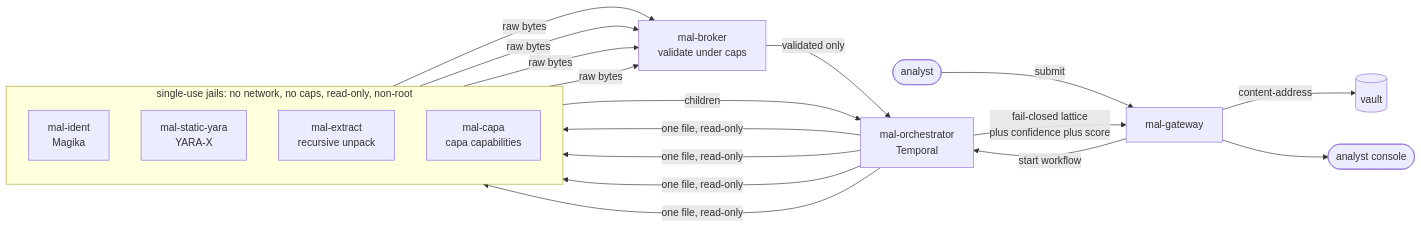
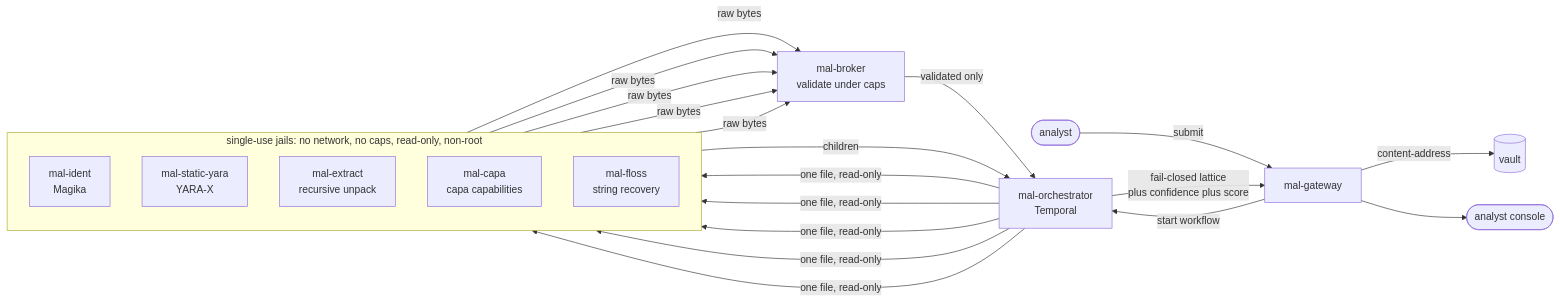
Before and after one commit to COLONAYUSH/OpenMalLab: the diagram in README.md, drawn with Mermaid. The commit also changed other lines of this file, not shown here.

First line of the commit message:
readme: reflect FLOSS running, five live engines

````diff
--- a/README.md
+++ b/README.md
@@ -111,21 +111,22 @@
 ```mermaid
 flowchart LR
   A([analyst]) -- submit --> GW[mal-gateway]
   GW -- content-address --> V[(vault)]
   GW -- start workflow --> OR[mal-orchestrator<br/>Temporal]
 
   subgraph JAIL [single-use jails: no network, no caps, read-only, non-root]
     direction TB
     ID[mal-ident<br/>Magika]
     YA[mal-static-yara<br/>YARA-X]
     EX[mal-extract<br/>recursive unpack]
     CA[mal-capa<br/>capa capabilities]
+    FL[mal-floss<br/>string recovery]
   end
 
-  OR -- one file, read-only --> ID & YA & EX & CA
-  ID & YA & EX & CA -- raw bytes --> BR[mal-broker<br/>validate under caps]
+  OR -- one file, read-only --> ID & YA & EX & CA & FL
+  ID & YA & EX & CA & FL -- raw bytes --> BR[mal-broker<br/>validate under caps]
   BR -- validated only --> OR
   EX -- children --> OR
   OR -- fail-closed lattice<br/>plus confidence plus score --> GW
   GW --> CON([analyst console])
 ```
````
